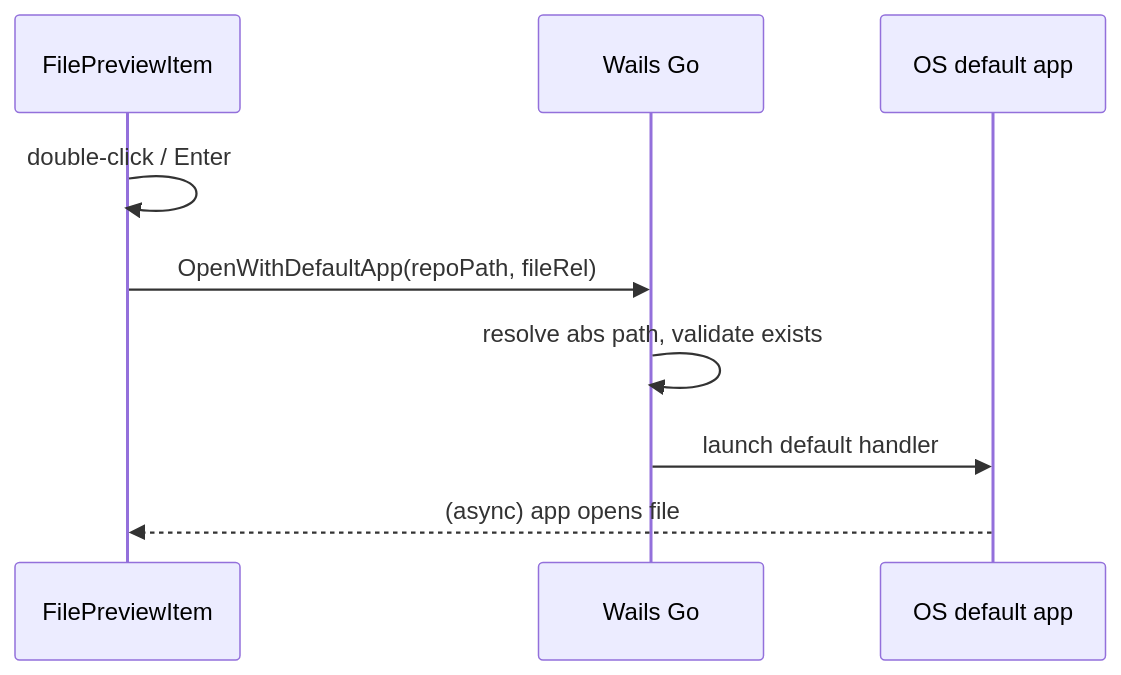
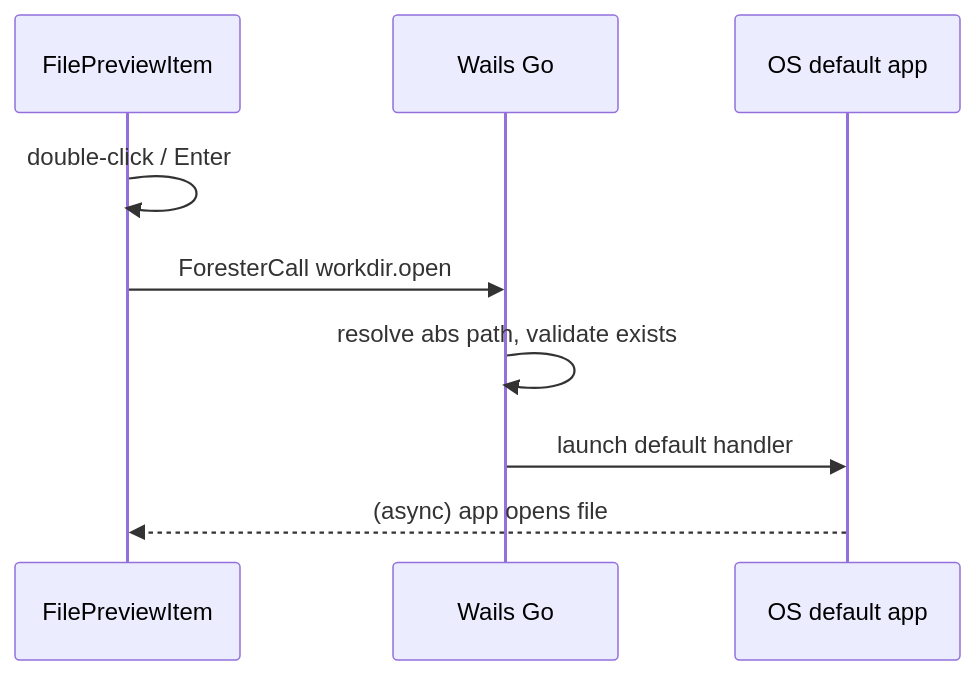
Before and after one commit to DSLitvinov/difference-machine: the diagram in .cursor/interface/content-preview-project-view.md, drawn with Mermaid. The commit also changed other lines of this file and 25 other files, not shown here.

````diff
--- a/.cursor/interface/content-preview-project-view.md
+++ b/.cursor/interface/content-preview-project-view.md
@@ -234,12 +235,12 @@
 ```mermaid
 sequenceDiagram
   participant UI as FilePreviewItem
   participant W as Wails Go
   participant OS as OS default app
 
   UI->>UI: double-click / Enter
-  UI->>W: OpenWithDefaultApp(repoPath, fileRel)
+  UI->>W: ForesterCall workdir.open
   W->>W: resolve abs path, validate exists
   W->>OS: launch default handler
   OS-->>UI: (async) app opens file
 ```
````
